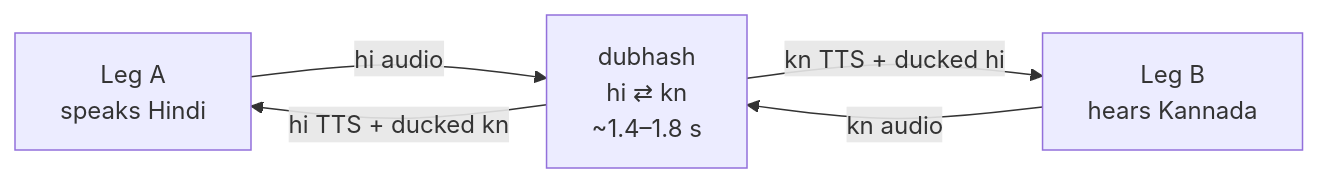
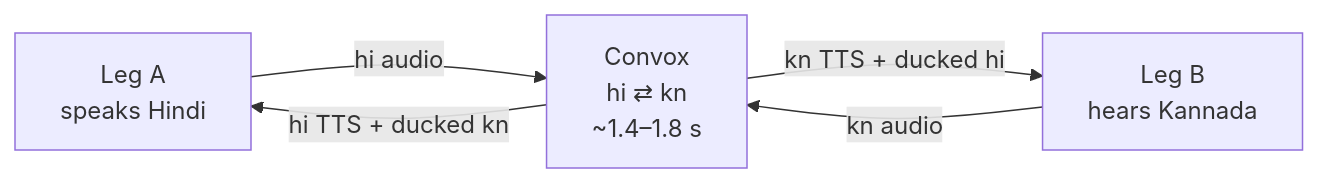
One commit to rohansx/convox changed the diagram in docs/product/overview.md. Above: the diagram before and after it, drawn with Mermaid. The commit also changed other lines of this file and 401 other files, not shown here.

First line of the commit message:
Rename to Convox; rebuild the landing page with the call's real audio

````diff
--- a/docs/product/overview.md
+++ b/docs/product/overview.md
@@ -21,7 +21,7 @@
 ```mermaid
 flowchart LR
-    A["Leg A<br/>speaks Hindi"] -- "hi audio" --> D["dubhash<br/>hi ⇄ kn<br/>~1.4–1.8 s"]
+    A["Leg A<br/>speaks Hindi"] -- "hi audio" --> D["Convox<br/>hi ⇄ kn<br/>~1.4–1.8 s"]
     D -- "kn TTS + ducked hi" --> B["Leg B<br/>hears Kannada"]
     B -- "kn audio" --> D
     D -- "hi TTS + ducked kn" --> A
 ```
````
